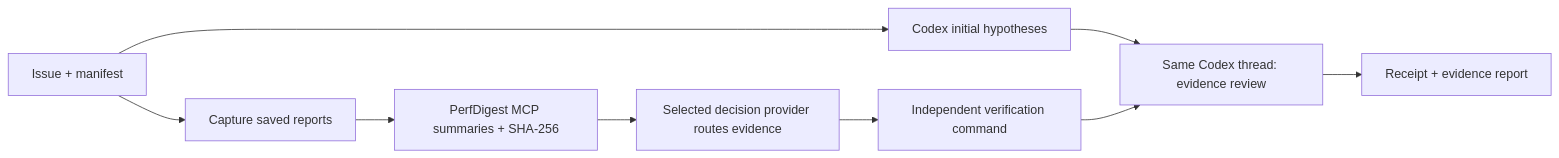
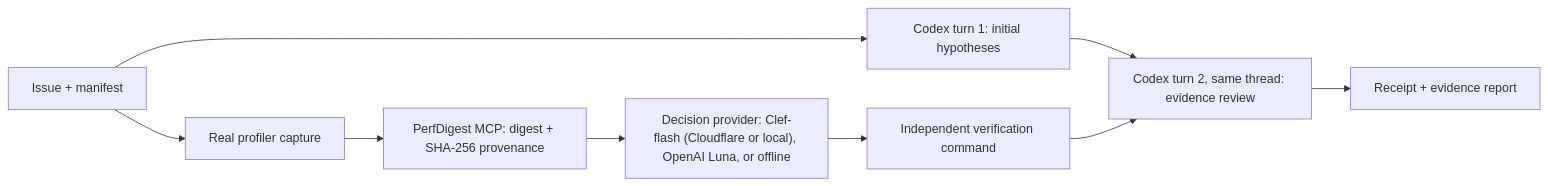
The diagram in README.md (onlyxItachi/perfdigest-plugin), drawn with Mermaid before and after one commit. The commit also changed other lines of this file and 3 other files, not shown here.

````diff
--- a/README.md
+++ b/README.md
@@ -47,11 +11,11 @@
 ```mermaid
 flowchart LR
-    Q[Issue + manifest] --> W[Capture saved reports]
-    Q --> C[Codex initial hypotheses]
-    W --> P[PerfDigest MCP summaries + SHA-256]
-    P --> D[Selected decision provider routes evidence]
+    Q[Issue + manifest] --> W[Real profiler capture]
+    Q --> C[Codex turn 1: initial hypotheses]
+    W --> P[PerfDigest MCP: digest + SHA-256 provenance]
+    P --> D["Decision provider: Clef-flash (Cloudflare or local), OpenAI Luna, or offline"]
     D --> V[Independent verification command]
-    C --> R[Same Codex thread: evidence review]
+    C --> R[Codex turn 2, same thread: evidence review]
     V --> R
     R --> O[Receipt + evidence report]
 ```
````
